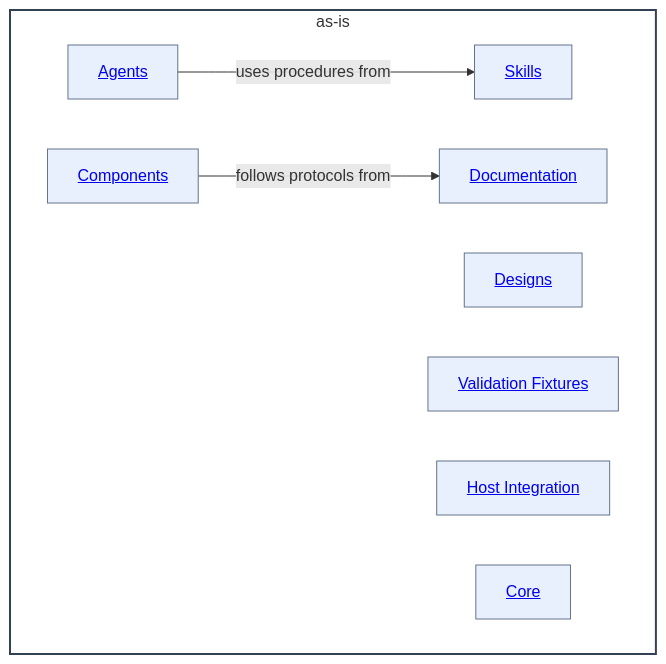
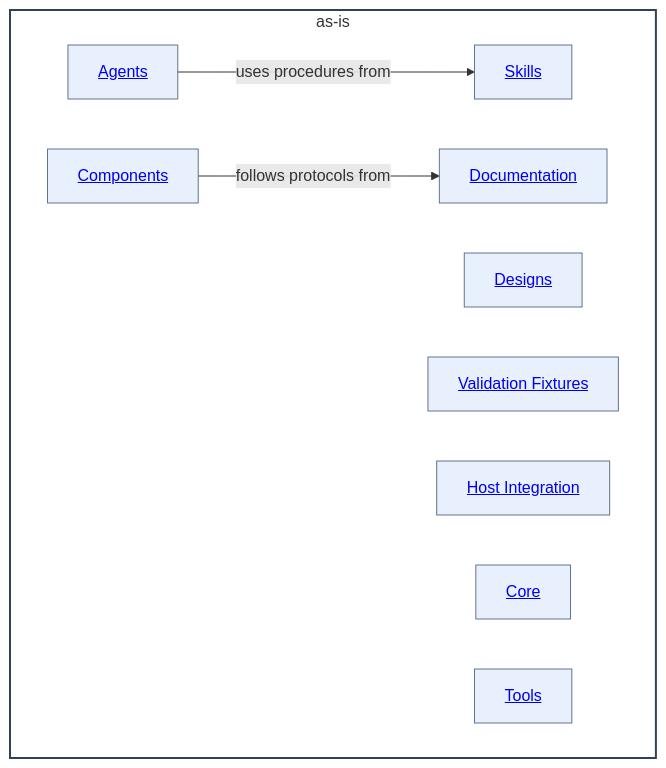
Before and after one commit to abstract-business-systems/as-is: the diagram in as-is.md, drawn with Mermaid. The commit also changed other lines of this file and 48 other files, not shown here.

````diff
--- a/as-is.md
+++ b/as-is.md
@@ -41,21 +42,22 @@
 ```mermaid
 %%{init: {"securityLevel": "loose"}}%%
 flowchart LR
     subgraph Root["as-is"]
         direction LR
         Agents["<a href='./agents/as-is.md#design'>Agents</a>"]
         Designs["<a href='./designs/as-is.md#design'>Designs</a>"]
         Skills["<a href='./skills/as-is.md#design'>Skills</a>"]
         Components["<a href='./components/as-is.md#design'>Components</a>"]
         Documentation["<a href='./docs/as-is.md#design'>Documentation</a>"]
         Fixtures["<a href='./validation-fixtures/as-is.md#design'>Validation Fixtures</a>"]
         HostIntegration["<a href='./host-integration/as-is.md#design'>Host Integration</a>"]
         Core["<a href='./core/as-is.md#design'>Core</a>"]
+        Tools["<a href='./tools/as-is.md#design'>Tools</a>"]
         Agents -->|uses procedures from| Skills
         Components -->|follows protocols from| Documentation
     end
     classDef component fill:#f8fafc,fill-opacity:0.1,stroke:#334155,stroke-width:2px
     classDef child fill:#2563eb,fill-opacity:0.1,stroke:#64748b,stroke-width:1px
     class Root component
-    class Agents,Designs,Skills,Components,Documentation,Fixtures,HostIntegration,Core child
+    class Agents,Designs,Skills,Components,Documentation,Fixtures,HostIntegration,Core,Tools child
 ```
````
